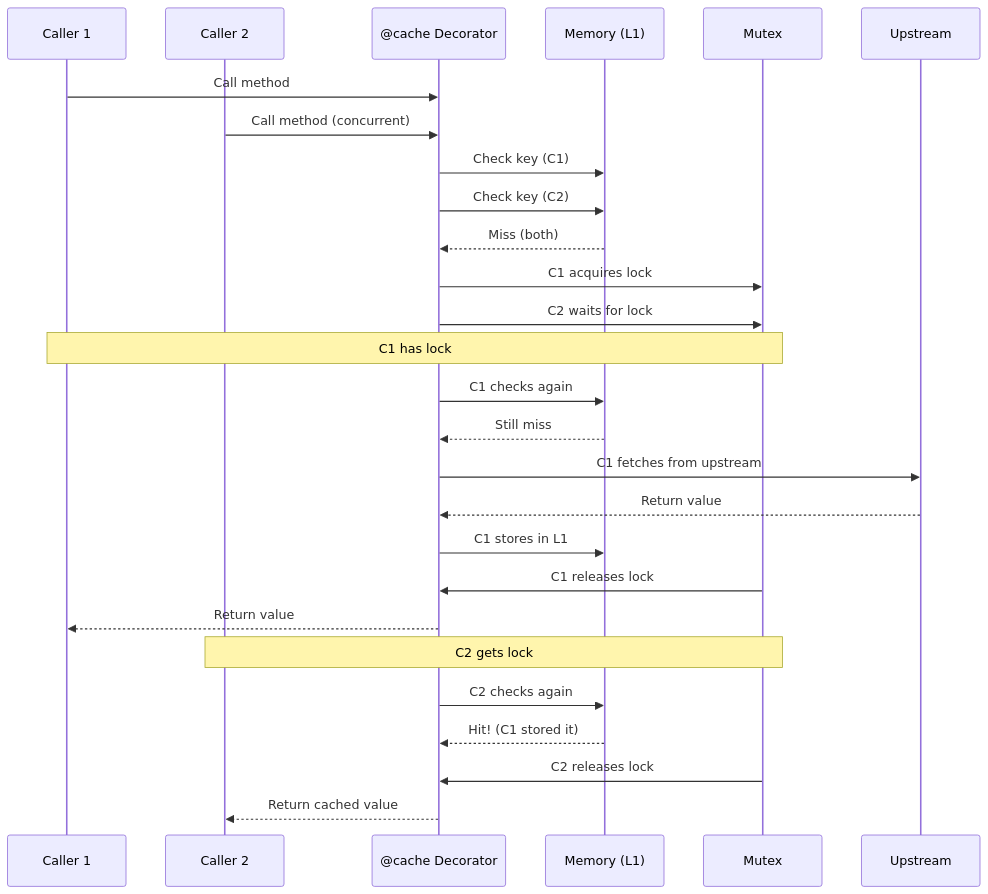
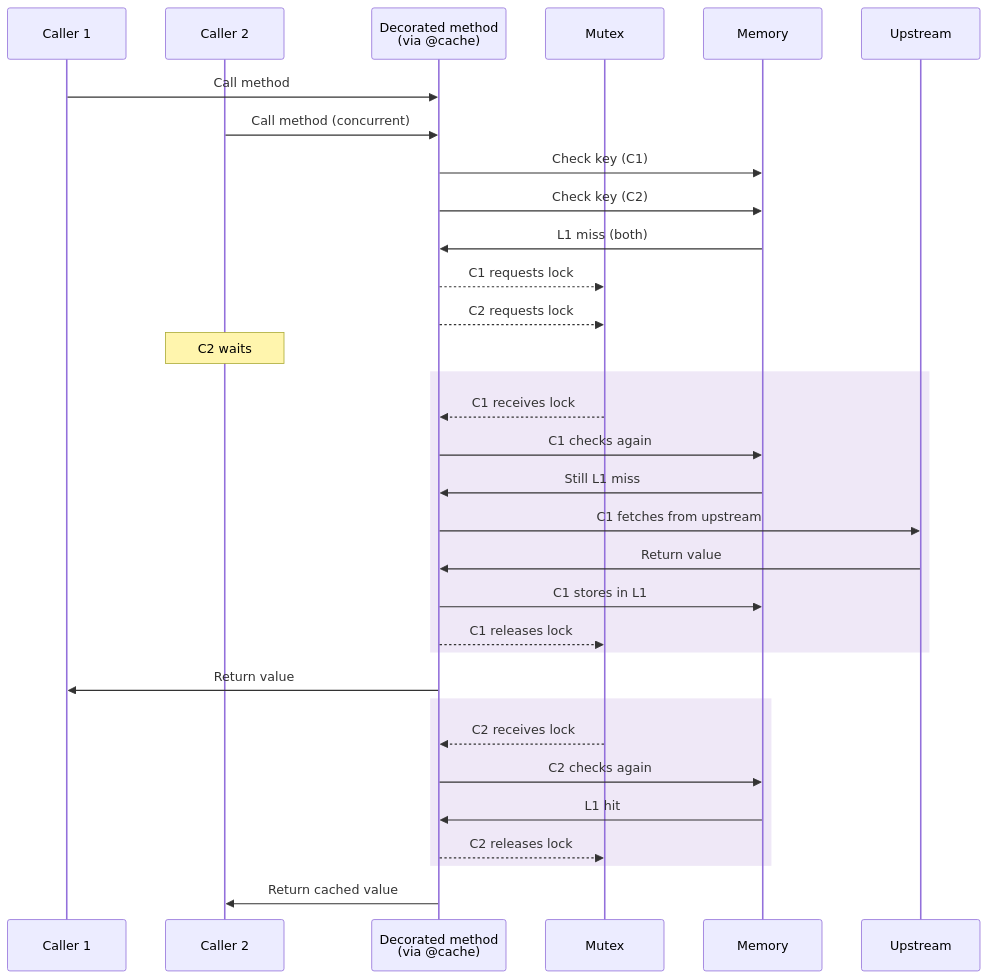
One commit to renovatebot/renovate changed the sixth of 9 diagrams in lib/util/cache/package/readme.md. Above: the diagram before and after it, drawn with Mermaid. The commit also changed other lines of this file, not shown here.

````diff
--- a/lib/util/cache/package/readme.md
+++ b/lib/util/cache/package/readme.md
@@ -169,34 +178,39 @@
 ```mermaid
 sequenceDiagram
     participant C1 as Caller 1
     participant C2 as Caller 2
-    participant D as @cache Decorator
-    participant M as Memory (L1)
+    participant D as Decorated method <br/>(via @cache)
     participant X as Mutex
+    participant L1 as Memory
     participant U as Upstream
 
     C1->>D: Call method
     C2->>D: Call method (concurrent)
 
-    D->>M: Check key (C1)
-    D->>M: Check key (C2)
-    M-->>D: Miss (both)
+    D->>L1: Check key (C1)
+    D->>L1: Check key (C2)
+    L1->>D: L1 miss (both)
 
-    D->>X: C1 acquires lock
-    D->>X: C2 waits for lock
+    D-->>X: C1 requests lock
+    D-->>X: C2 requests lock
+    Note over C2: C2 waits
 
-    Note over C1,X: C1 has lock
-    D->>M: C1 checks again
-    M-->>D: Still miss
-    D->>U: C1 fetches from upstream
-    U-->>D: Return value
-    D->>M: C1 stores in L1
-    X->>D: C1 releases lock
-    D-->>C1: Return value
+    rect rgba(150, 100, 200, 0.15)
+        X-->>D: C1 receives lock
+        D->>L1: C1 checks again
+        L1->>D: Still L1 miss
+        D->>U: C1 fetches from upstream
+        U->>D: Return value
+        D->>L1: C1 stores in L1
+        D-->>X: C1 releases lock
+    end
+    D->>C1: Return value
 
-    Note over C2,X: C2 gets lock
-    D->>M: C2 checks again
-    M-->>D: Hit! (C1 stored it)
-    X->>D: C2 releases lock
-    D-->>C2: Return cached value
+    rect rgba(150, 100, 200, 0.15)
+        X-->>D: C2 receives lock
+        D->>L1: C2 checks again
+        L1->>D: L1 hit
+        D-->>X: C2 releases lock
+    end
+    D->>C2: Return cached value
 ```
````
